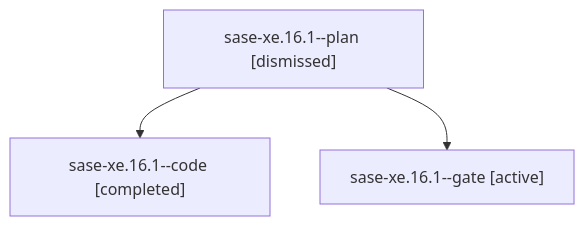
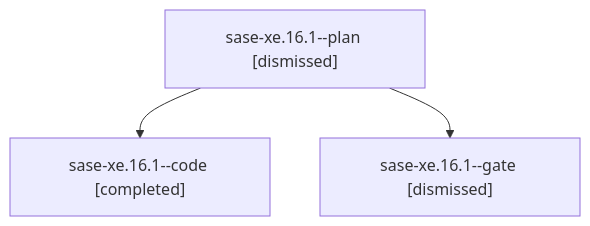
Before and after one commit to sase-org/sase--agents: the diagram in sessions/bbugyi200.athena.sase-xe.16.1.md, drawn with Mermaid. The commit also changed other lines of this file and 323 other files, not shown here.

````diff
--- a/sessions/bbugyi200.athena.sase-xe.16.1.md
+++ b/sessions/bbugyi200.athena.sase-xe.16.1.md
@@ -9,8 +9,8 @@
 ```mermaid
 flowchart TD
   n0["sase-xe.16.1--plan [dismissed]"]
   n1["sase-xe.16.1--code [completed]"]
   n0 --> n1
-  n2["sase-xe.16.1--gate [active]"]
+  n2["sase-xe.16.1--gate [dismissed]"]
   n0 --> n2
 ```
````
